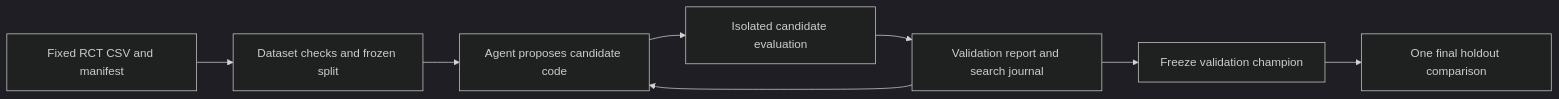
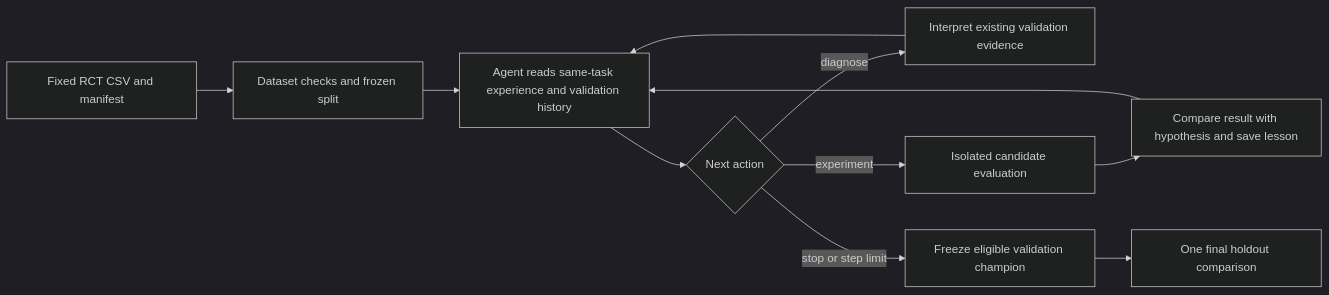
One commit to CharlesXu-HQ/CouponEvo changed the diagram in docs/architecture.md. Above: the diagram before and after it, drawn with Mermaid (dark theme). The commit also changed other lines of this file and 10 other files, not shown here.

Commit message:
feat: close agent experiment feedback loop

````diff
--- a/docs/architecture.md
+++ b/docs/architecture.md
@@ -3,10 +3,13 @@
 ```mermaid
 flowchart LR
     A[Fixed RCT CSV and manifest] --> B[Dataset checks and frozen split]
-    B --> C[Agent proposes candidate code]
-    C --> D[Isolated candidate evaluation]
-    D --> E[Validation report and search journal]
+    B --> C[Agent reads same-task experience and validation history]
+    C --> D{Next action}
+    D -->|diagnose| E[Interpret existing validation evidence]
     E --> C
-    E --> F[Freeze validation champion]
-    F --> G[One final holdout comparison]
+    D -->|experiment| F[Isolated candidate evaluation]
+    F --> G[Compare result with hypothesis and save lesson]
+    G --> C
+    D -->|stop or step limit| H[Freeze eligible validation champion]
+    H --> I[One final holdout comparison]
 ```
````
